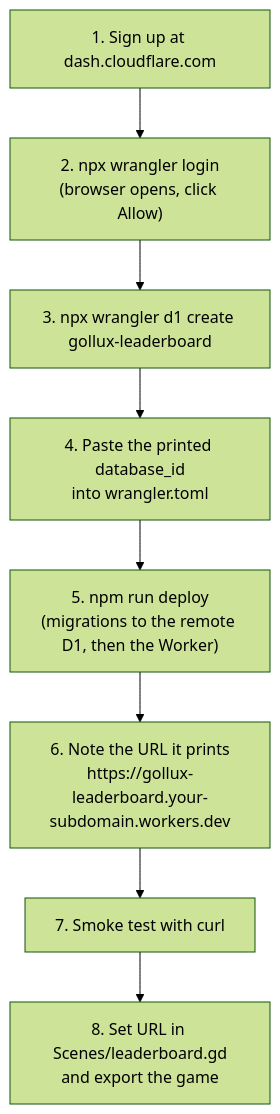
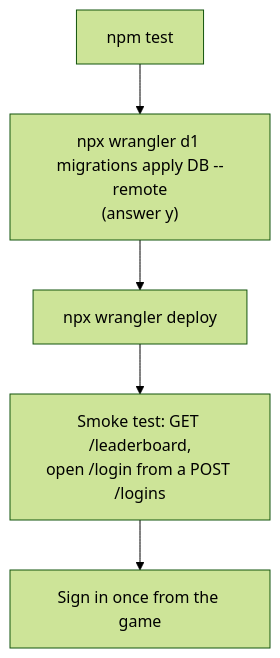
One commit to dikmedvescekmurovec/kobold-clicker changed the seventh of 7 diagrams in backend/leaderboard/README.md. Above: the diagram before and after it, drawn with Mermaid (forest theme). The commit also changed other lines of this file and 37 other files, not shown here.

````diff
--- a/backend/leaderboard/README.md
+++ b/backend/leaderboard/README.md
@@ -360,10 +517,7 @@
 ```mermaid
 flowchart TD
-    A["1. Sign up at dash.cloudflare.com"] --> B["2. npx wrangler login<br/>(browser opens, click Allow)"]
-    B --> C["3. npx wrangler d1 create gollux-leaderboard"]
-    C --> D["4. Paste the printed database_id<br/>into wrangler.toml"]
-    D --> E["5. npm run deploy<br/>(migrations to the remote D1, then the Worker)"]
-    E --> F["6. Note the URL it prints<br/>https://gollux-leaderboard.your-subdomain.workers.dev"]
-    F --> G["7. Smoke test with curl"]
-    G --> H["8. Set URL in Scenes/leaderboard.gd<br/>and export the game"]
+    A["npm test"] --> B["npx wrangler d1 migrations apply DB --remote<br/>(answer y)"]
+    B --> C["npx wrangler deploy"]
+    C --> D["Smoke test: GET /leaderboard,<br/>open /login from a POST /logins"]
+    D --> E["Sign in once from the game"]
 ```
````
